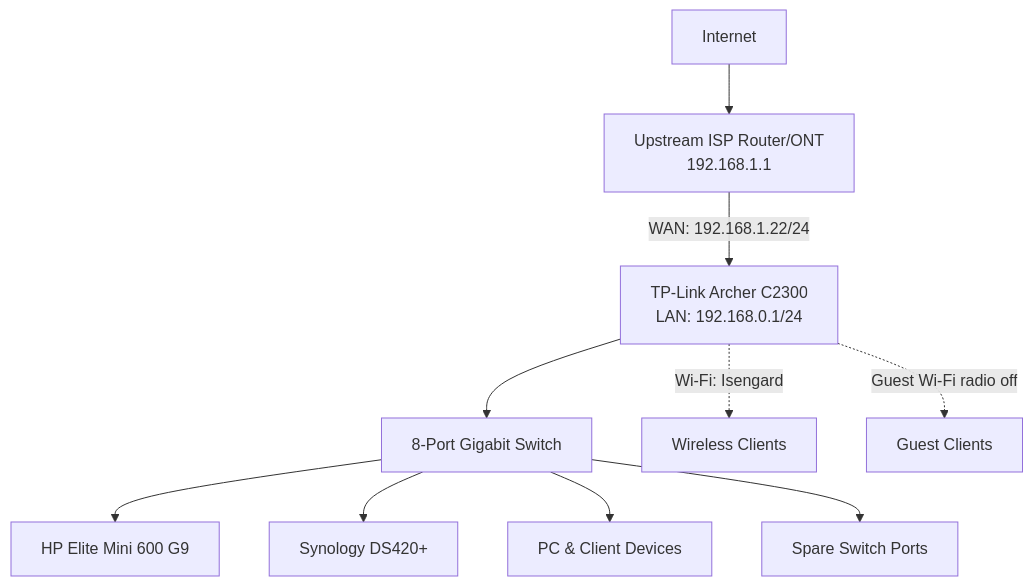
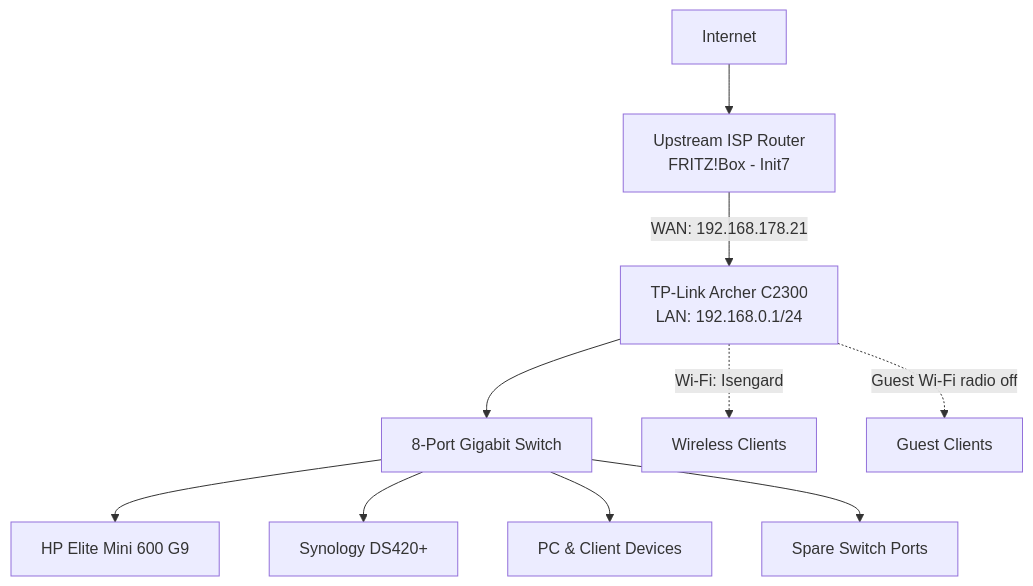
One commit to Rhod3/homelab changed the diagram in hardware/networking.md. Above: the diagram before and after it, drawn with Mermaid. The commit also changed other lines of this file and 8 other files, not shown here.

````diff
--- a/hardware/networking.md
+++ b/hardware/networking.md
@@ -9,12 +9,12 @@
 ```mermaid
 flowchart TD
-    Internet[Internet] --> Upstream[Upstream ISP Router/ONT<br/>192.168.1.1]
-    Upstream -->|WAN: 192.168.1.22/24| Router[TP-Link Archer C2300<br/>LAN: 192.168.0.1/24]
+    Internet[Internet] --> Upstream[Upstream ISP Router<br/>FRITZ!Box - Init7]
+    Upstream -->|WAN: 192.168.178.21| Router[TP-Link Archer C2300<br/>LAN: 192.168.0.1/24]
     Router --> Switch[8-Port Gigabit Switch]
     Switch --> HP[HP Elite Mini 600 G9]
     Switch --> Synology[Synology DS420+]
     Switch --> PC[PC & Client Devices]
     Switch --> Spare[Spare Switch Ports]
     Router -.Wi-Fi: Isengard.-> WiFiClients[Wireless Clients]
     Router -.Guest Wi-Fi radio off.-> GuestClients[Guest Clients]
 ```
````
